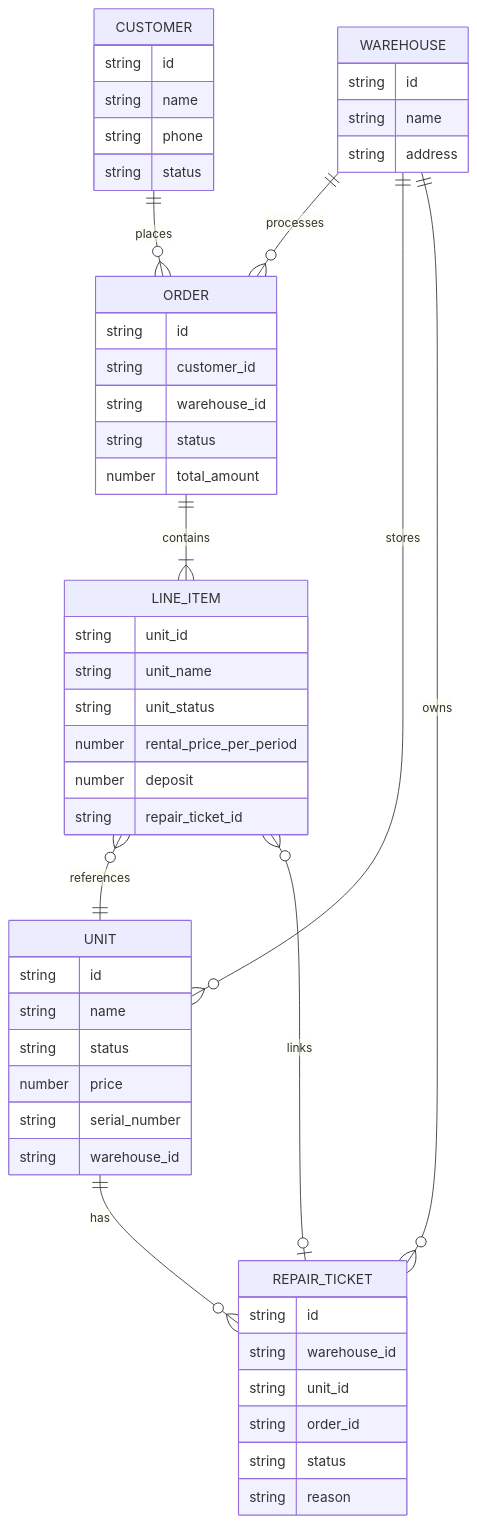
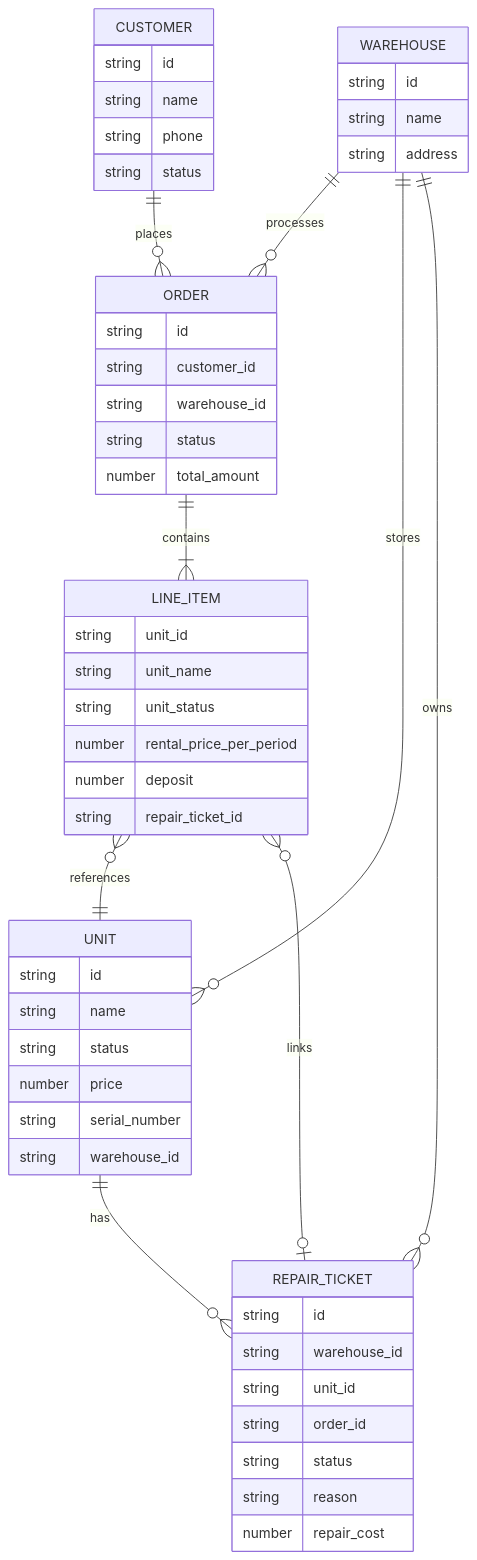
One commit to Diamko94/rentals1 changed the diagram in Entities_relations.md. Above: the diagram before and after it, drawn with Mermaid.

````diff
--- a/Entities_relations.md
+++ b/Entities_relations.md
@@ -1,59 +1,60 @@
 ```mermaid
 erDiagram
     CUSTOMER {
         string id
         string name
         string phone
         string status
     }
 
     WAREHOUSE {
         string id
         string name
         string address
     }
 
     ORDER {
         string id
         string customer_id
         string warehouse_id
         string status
         number total_amount
     }
 
     LINE_ITEM {
         string unit_id
         string unit_name
         string unit_status
         number rental_price_per_period
         number deposit
         string repair_ticket_id
     }
 
     UNIT {
         string id
         string name
         string status
         number price
         string serial_number
         string warehouse_id
     }
 
     REPAIR_TICKET {
         string id
         string warehouse_id
         string unit_id
         string order_id
-        string status
+        string status 
         string reason
+        number repair_cost
     }
 
     CUSTOMER ||--o{ ORDER : places
     WAREHOUSE ||--o{ ORDER : processes
     WAREHOUSE ||--o{ UNIT : stores
     WAREHOUSE ||--o{ REPAIR_TICKET : owns
     ORDER ||--|{ LINE_ITEM : contains
     LINE_ITEM }o--|| UNIT : references
     LINE_ITEM }o--o| REPAIR_TICKET : links
     UNIT ||--o{ REPAIR_TICKET : has
 ```
````
